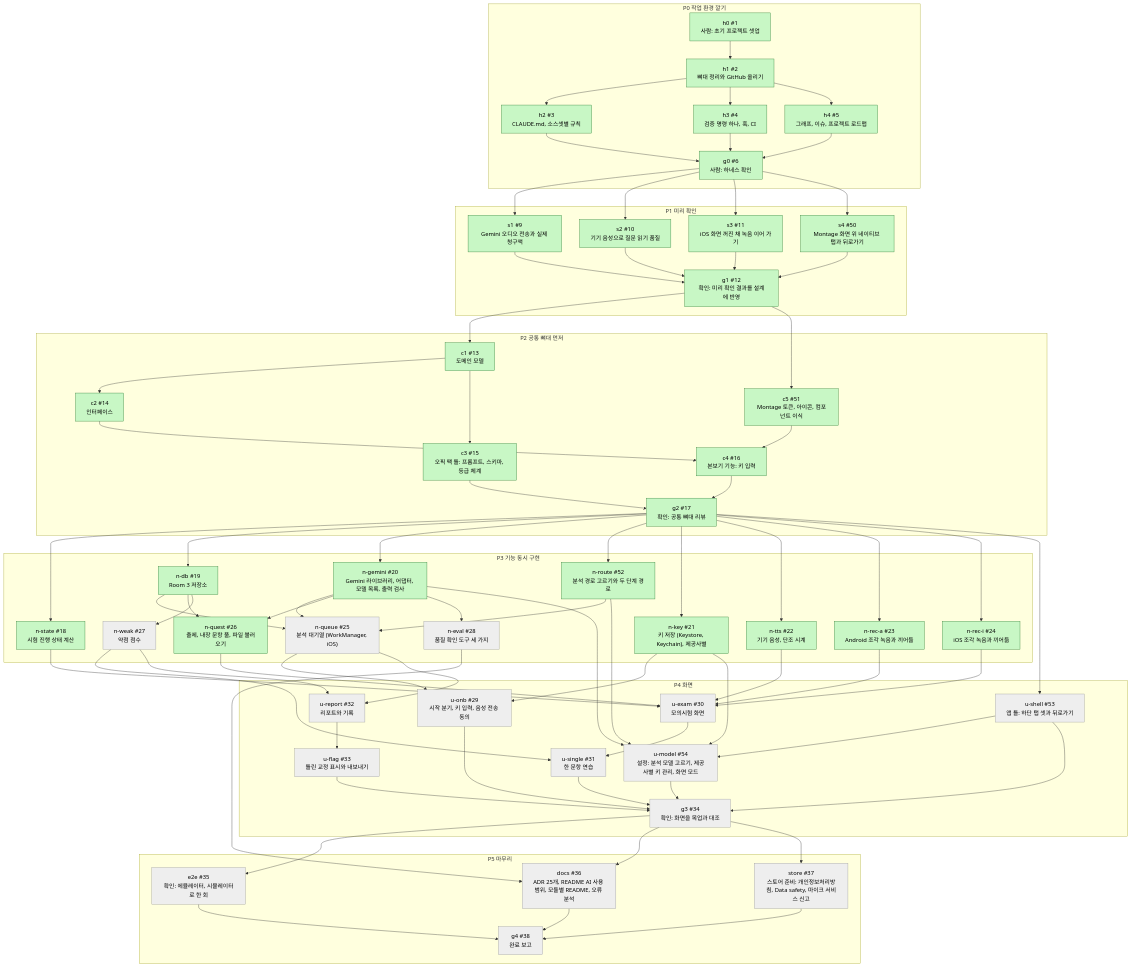
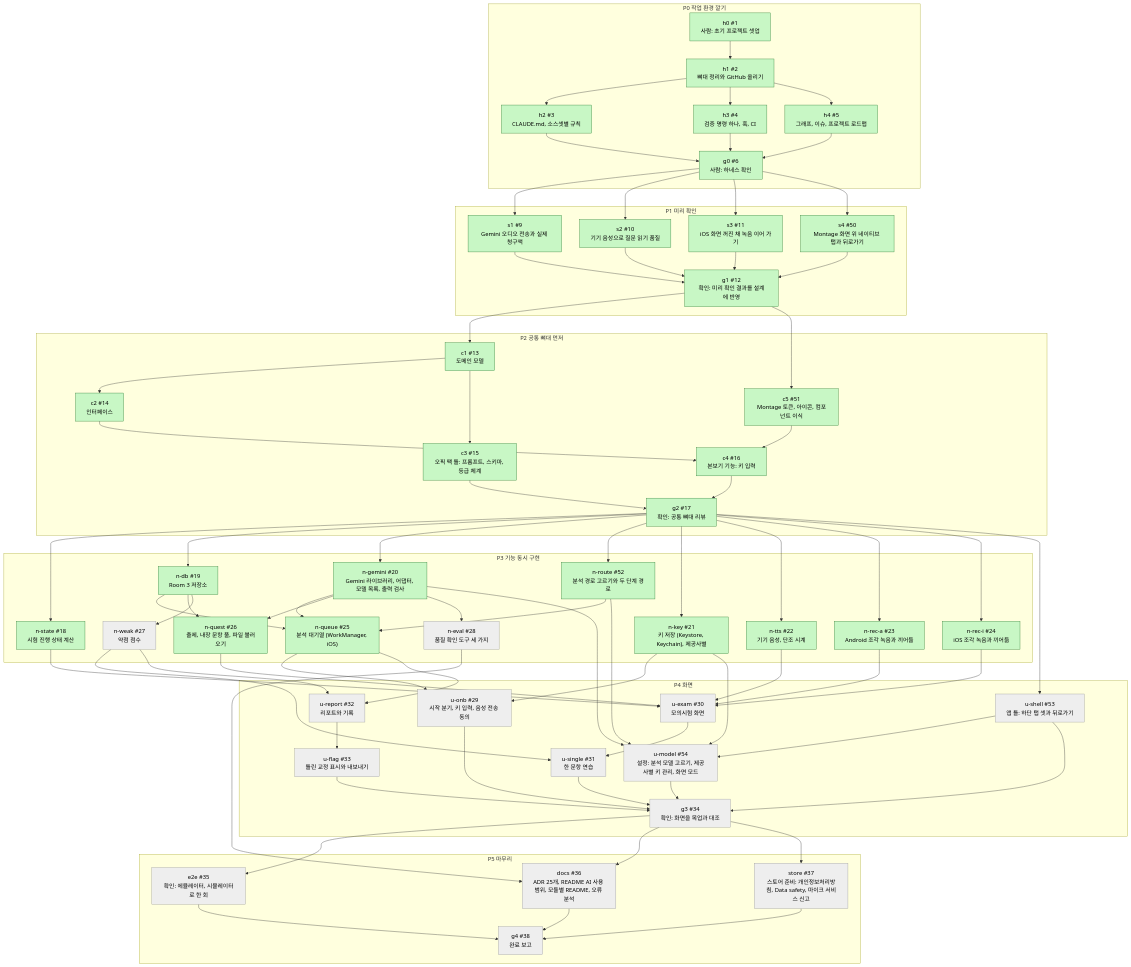
Before and after one commit to nosorae/AiOpicSelfStudy: the first of 2 diagrams in docs/graph/dev-graph.md, drawn with Mermaid. The commit also changed other lines of this file and 11 other files, not shown here.

````diff
--- a/docs/graph/dev-graph.md
+++ b/docs/graph/dev-graph.md
@@ -127,9 +127,9 @@
   docs --> g4
   store --> g4
   classDef todo fill:#eeeeee,stroke:#999999,color:#000
-  class n_queue,n_weak,n_eval,u_onb,u_shell,u_exam,u_single,u_report,u_flag,u_model,g3,e2e,docs,store,g4 todo
+  class n_weak,n_eval,u_onb,u_shell,u_exam,u_single,u_report,u_flag,u_model,g3,e2e,docs,store,g4 todo
   classDef doing fill:#fff3b0,stroke:#d4a017,color:#000
   classDef done fill:#c8f7c5,stroke:#2e7d32,color:#000
-  class h0,h1,h2,h3,h4,g0,s1,s2,s3,s4,g1,c1,c2,c3,c5,c4,g2,n_state,n_db,n_gemini,n_route,n_key,n_tts,n_rec_a,n_rec_i,n_quest done
+  class h0,h1,h2,h3,h4,g0,s1,s2,s3,s4,g1,c1,c2,c3,c5,c4,g2,n_state,n_db,n_gemini,n_route,n_key,n_tts,n_rec_a,n_rec_i,n_queue,n_quest done
   classDef blocked fill:#ffcdd2,stroke:#c62828,color:#000
 ```
````
